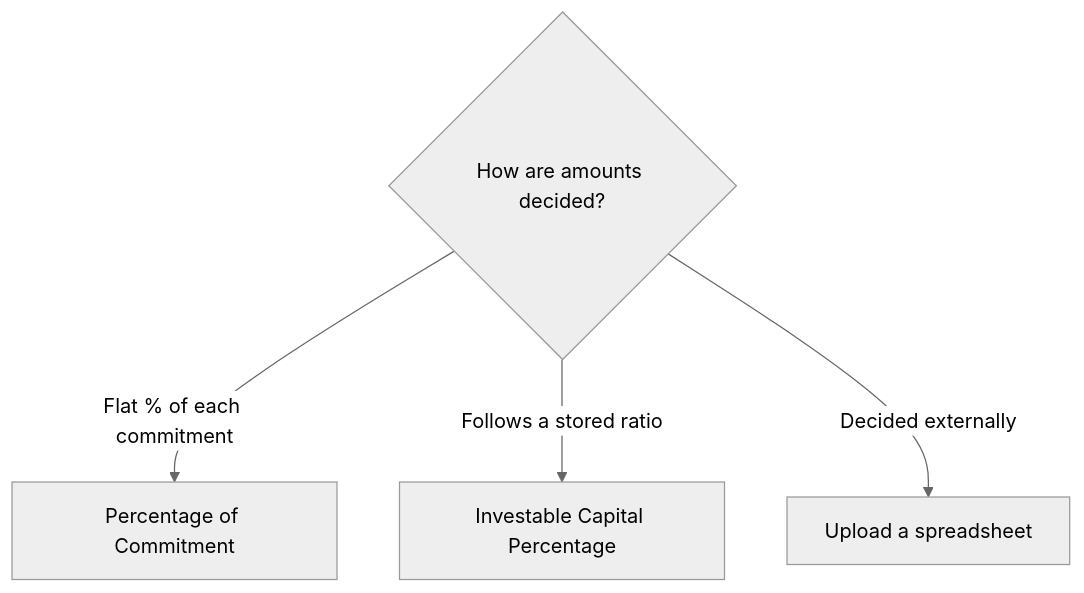
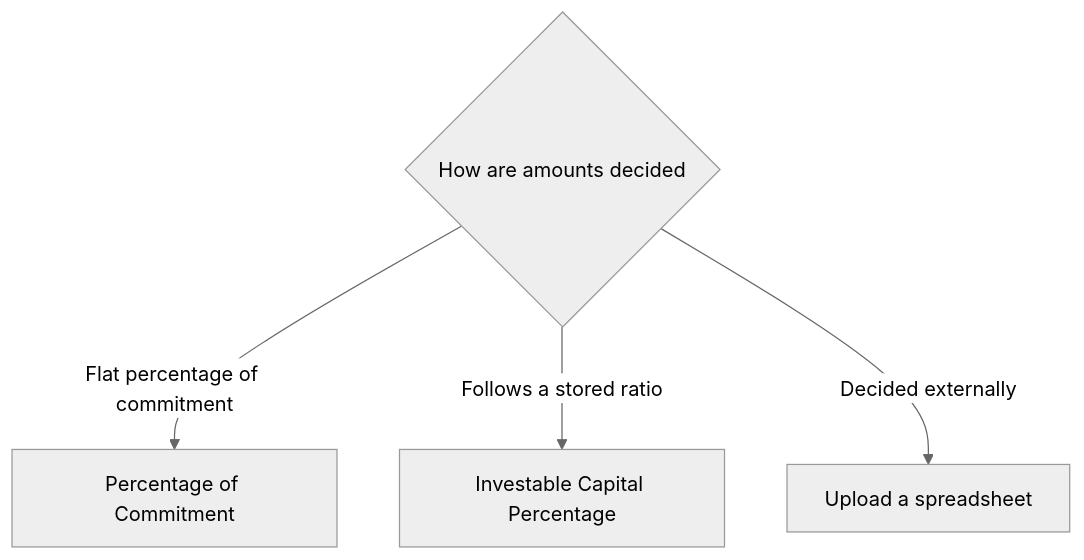
The third of 5 diagrams in docs/user_guides/capital_calls_user_guide.md (sampadadiwan/IRM_CompanyMain), drawn with Mermaid (neutral theme) before and after one commit. The commit also changed other lines of this file, not shown here.

````diff
--- a/docs/user_guides/capital_calls_user_guide.md
+++ b/docs/user_guides/capital_calls_user_guide.md
@@ -156,6 +156,6 @@
 ```mermaid
 flowchart TD
-    A{How are amounts decided?} -->|Flat % of each commitment| B[Percentage of Commitment]
+    A{How are amounts decided} -->|Flat percentage of commitment| B[Percentage of Commitment]
     A -->|Follows a stored ratio| C[Investable Capital Percentage]
     A -->|Decided externally| D[Upload a spreadsheet]
 ```
````
